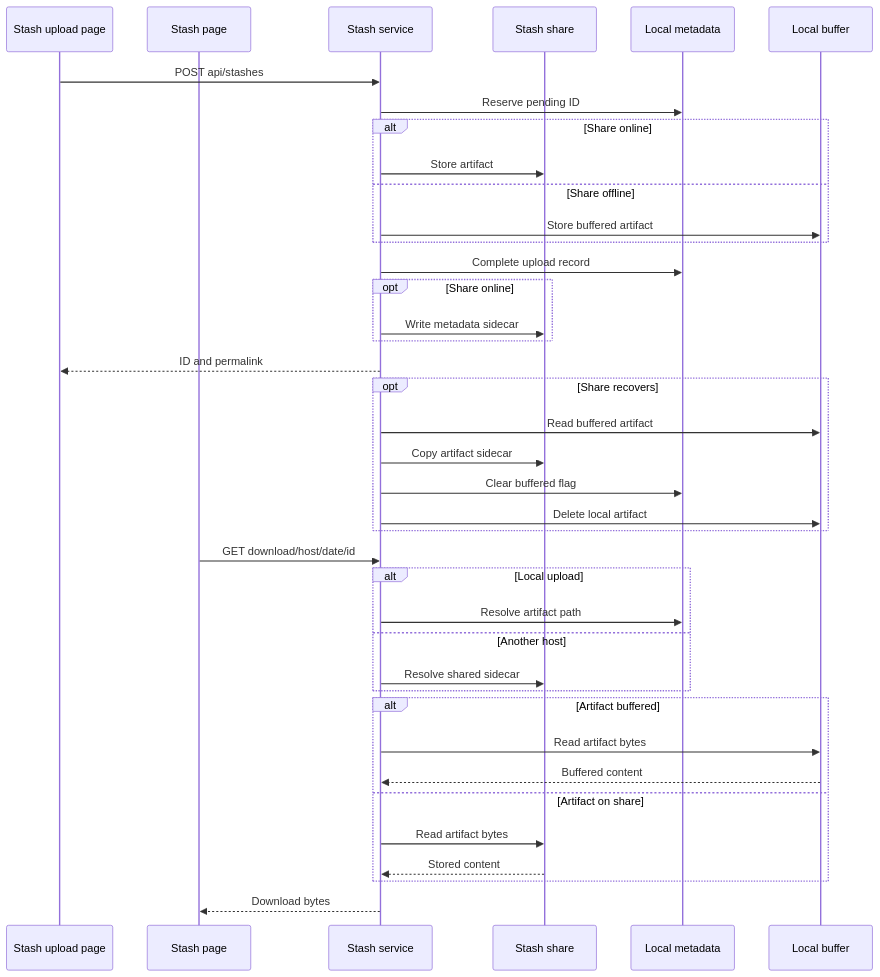
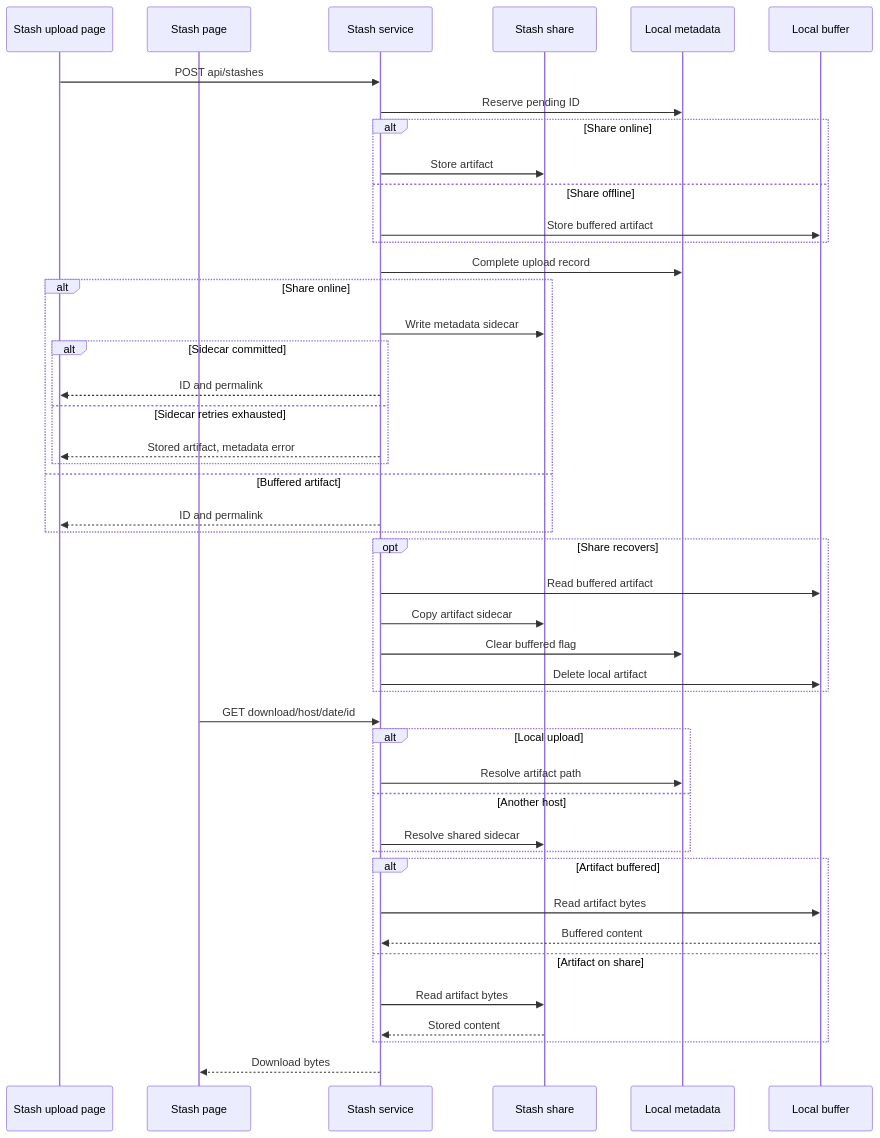
Diagram 16 of 16 in docs/design/03-data-flows.md (alissonsol/yuruna), drawn with Mermaid before and after one commit. The commit also changed other lines of this file and 2042 other files, not shown here.

````diff
--- a/docs/design/03-data-flows.md
+++ b/docs/design/03-data-flows.md
@@ -596,41 +653,47 @@
 ```mermaid
 sequenceDiagram
     participant new-js as Stash upload page
     participant stash-js as Stash page
     participant stash-service as Stash service
     participant stash as Stash share
     participant stash-sqlite as Local metadata
     participant buffer as Local buffer
     new-js->>stash-service: POST api/stashes
     stash-service->>stash-sqlite: Reserve pending ID
     alt Share online
         stash-service->>stash: Store artifact
     else Share offline
         stash-service->>buffer: Store buffered artifact
     end
     stash-service->>stash-sqlite: Complete upload record
-    opt Share online
+    alt Share online
         stash-service->>stash: Write metadata sidecar
+        alt Sidecar committed
+            stash-service-->>new-js: ID and permalink
+        else Sidecar retries exhausted
+            stash-service-->>new-js: Stored artifact, metadata error
+        end
+    else Buffered artifact
+        stash-service-->>new-js: ID and permalink
     end
-    stash-service-->>new-js: ID and permalink
     opt Share recovers
         stash-service->>buffer: Read buffered artifact
         stash-service->>stash: Copy artifact sidecar
         stash-service->>stash-sqlite: Clear buffered flag
         stash-service->>buffer: Delete local artifact
     end
     stash-js->>stash-service: GET download/host/date/id
     alt Local upload
         stash-service->>stash-sqlite: Resolve artifact path
     else Another host
         stash-service->>stash: Resolve shared sidecar
     end
     alt Artifact buffered
         stash-service->>buffer: Read artifact bytes
         buffer-->>stash-service: Buffered content
     else Artifact on share
         stash-service->>stash: Read artifact bytes
         stash-->>stash-service: Stored content
     end
     stash-service-->>stash-js: Download bytes
 ```
````
